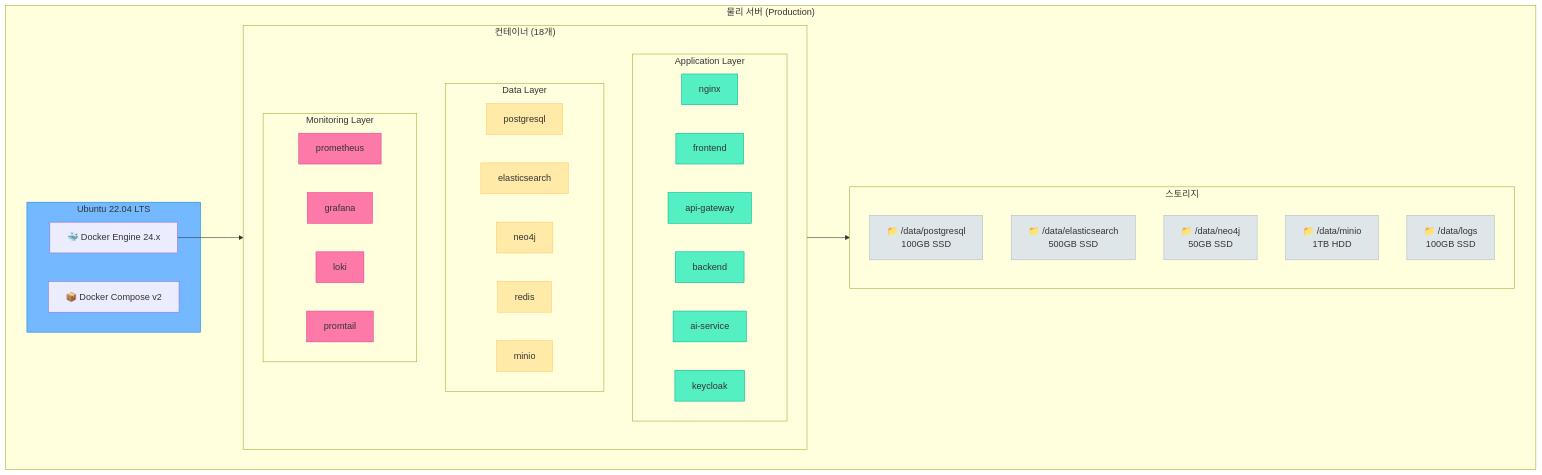
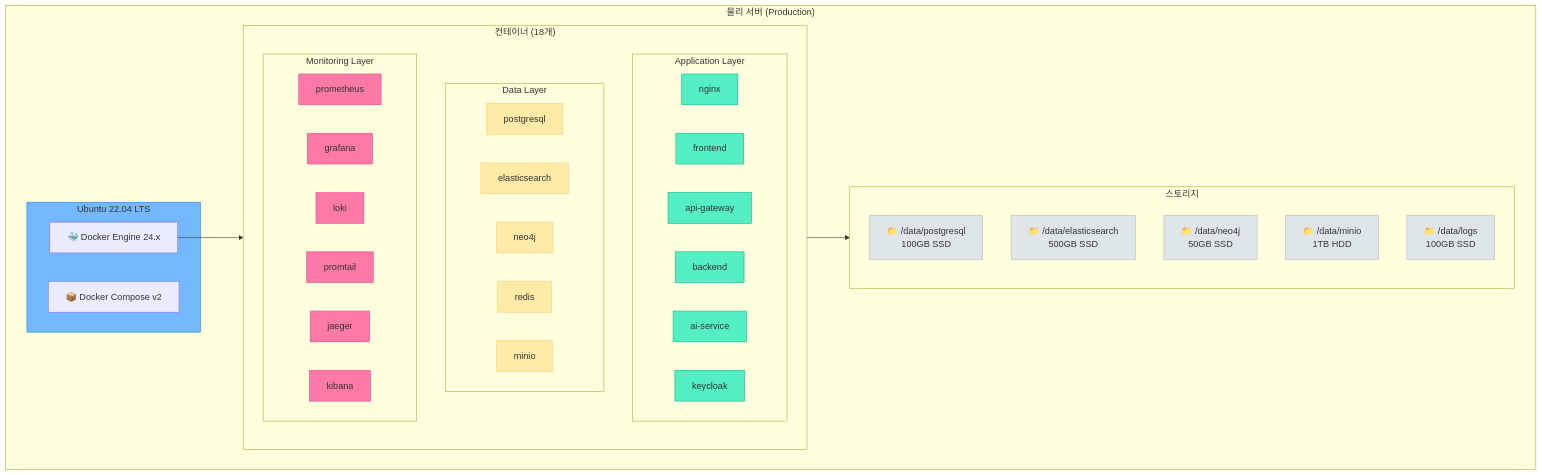
The second of 6 diagrams in knowledge_service/docs/02_design/infrastructure_detailed_design.md (k82022603/hybrid-rag-knowledge-ops), drawn with Mermaid before and after one commit. The commit also changed other lines of this file and 51 other files, not shown here.

````diff
--- a/knowledge_service/docs/02_design/infrastructure_detailed_design.md
+++ b/knowledge_service/docs/02_design/infrastructure_detailed_design.md
@@ -148,58 +150,60 @@
 ```mermaid
 flowchart TB
     subgraph Server["물리 서버 (Production)"]
         subgraph OS["Ubuntu 22.04 LTS"]
             Docker["🐳 Docker Engine 24.x"]
             Compose["📦 Docker Compose v2"]
         end
 
         subgraph Containers["컨테이너 (18개)"]
             subgraph AppLayer["Application Layer"]
                 C1["nginx"]
                 C2["frontend"]
                 C3["api-gateway"]
                 C4["backend"]
                 C5["ai-service"]
                 C6["keycloak"]
             end
 
             subgraph DataLayer["Data Layer"]
                 C7["postgresql"]
                 C8["elasticsearch"]
                 C9["neo4j"]
                 C10["redis"]
                 C11["minio"]
             end
 
             subgraph MonitorLayer["Monitoring Layer"]
                 C12["prometheus"]
                 C13["grafana"]
                 C14["loki"]
                 C15["promtail"]
+                C16["jaeger"]
+                C17["kibana"]
             end
         end
 
         subgraph Storage["스토리지"]
             SSD1["📁 /data/postgresql<br/>100GB SSD"]
             SSD2["📁 /data/elasticsearch<br/>500GB SSD"]
             SSD3["📁 /data/neo4j<br/>50GB SSD"]
             SSD4["📁 /data/minio<br/>1TB HDD"]
             SSD5["📁 /data/logs<br/>100GB SSD"]
         end
     end
 
     Docker --> Containers
     Containers --> Storage
 
     classDef os fill:#74b9ff,stroke:#0984e3
     classDef app fill:#55efc4,stroke:#00b894
     classDef data fill:#ffeaa7,stroke:#fdcb6e
     classDef monitor fill:#fd79a8,stroke:#e84393
     classDef storage fill:#dfe6e9,stroke:#b2bec3
 
     class OS os
     class C1,C2,C3,C4,C5,C6 app
     class C7,C8,C9,C10,C11 data
-    class C12,C13,C14,C15 monitor
+    class C12,C13,C14,C15,C16,C17 monitor
     class SSD1,SSD2,SSD3,SSD4,SSD5 storage
 ```
````
